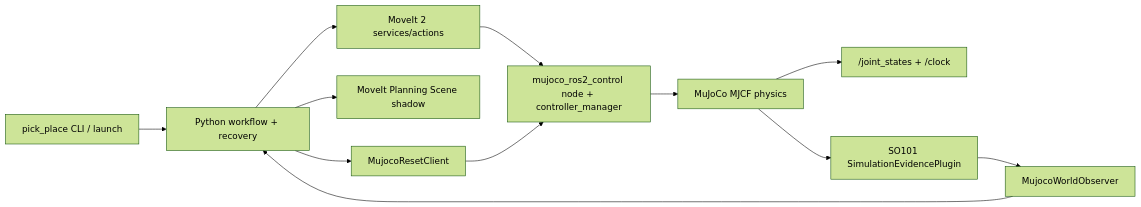
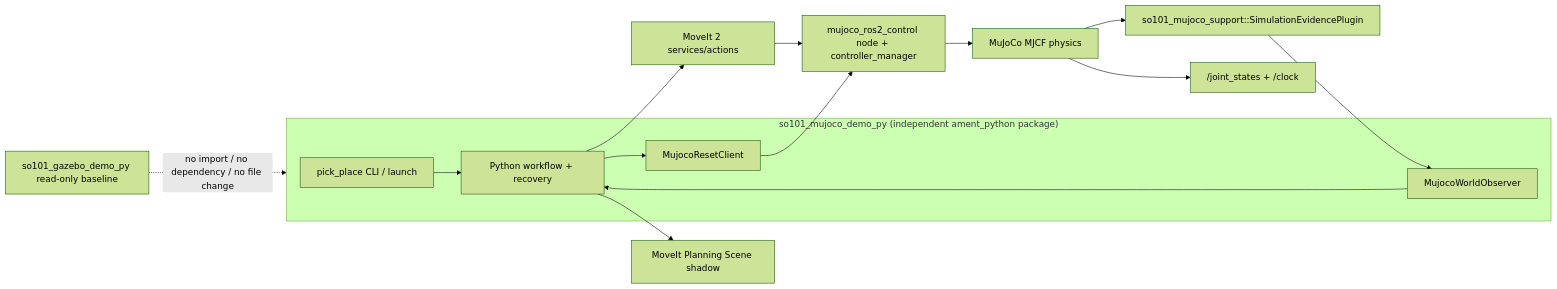
The diagram in docs/superpowers/specs/2026-08-09-so101-mujoco-ros2-migration-design.md (terryma2024/ros-moveit-demo), drawn with Mermaid (forest theme) before and after one commit. The commit also changed other lines of this file, not shown here.

Commit message:
docs(so101_mujoco): isolate MuJoCo package design

````diff
--- a/docs/superpowers/specs/2026-08-09-so101-mujoco-ros2-migration-design.md
+++ b/docs/superpowers/specs/2026-08-09-so101-mujoco-ros2-migration-design.md
@@ -125,14 +144,17 @@
 ```mermaid
 flowchart LR
-    CLI["pick_place CLI / launch"] --> Runner["Python workflow + recovery"]
+    subgraph PY["so101_mujoco_demo_py (independent ament_python package)"]
+      CLI["pick_place CLI / launch"] --> Runner["Python workflow + recovery"]
+      Observer["MujocoWorldObserver"] --> Runner
+      Runner --> Reset["MujocoResetClient"]
+    end
     Runner --> MoveIt["MoveIt 2 services/actions"]
     MoveIt --> CM["mujoco_ros2_control node + controller_manager"]
     CM --> MJ["MuJoCo MJCF physics"]
     MJ --> JS["/joint_states + /clock"]
-    MJ --> SEP["SO101 SimulationEvidencePlugin"]
-    SEP --> Observer["MujocoWorldObserver"]
-    Observer --> Runner
+    MJ --> SEP["so101_mujoco_support::SimulationEvidencePlugin"]
+    SEP --> Observer
     Runner --> Scene["MoveIt Planning Scene shadow"]
-    Runner --> Reset["MujocoResetClient"]
     Reset --> CM
+    GZ["so101_gazebo_demo_py read-only baseline"] -. "no import / no dependency / no file change" .-> PY
 ```
````
